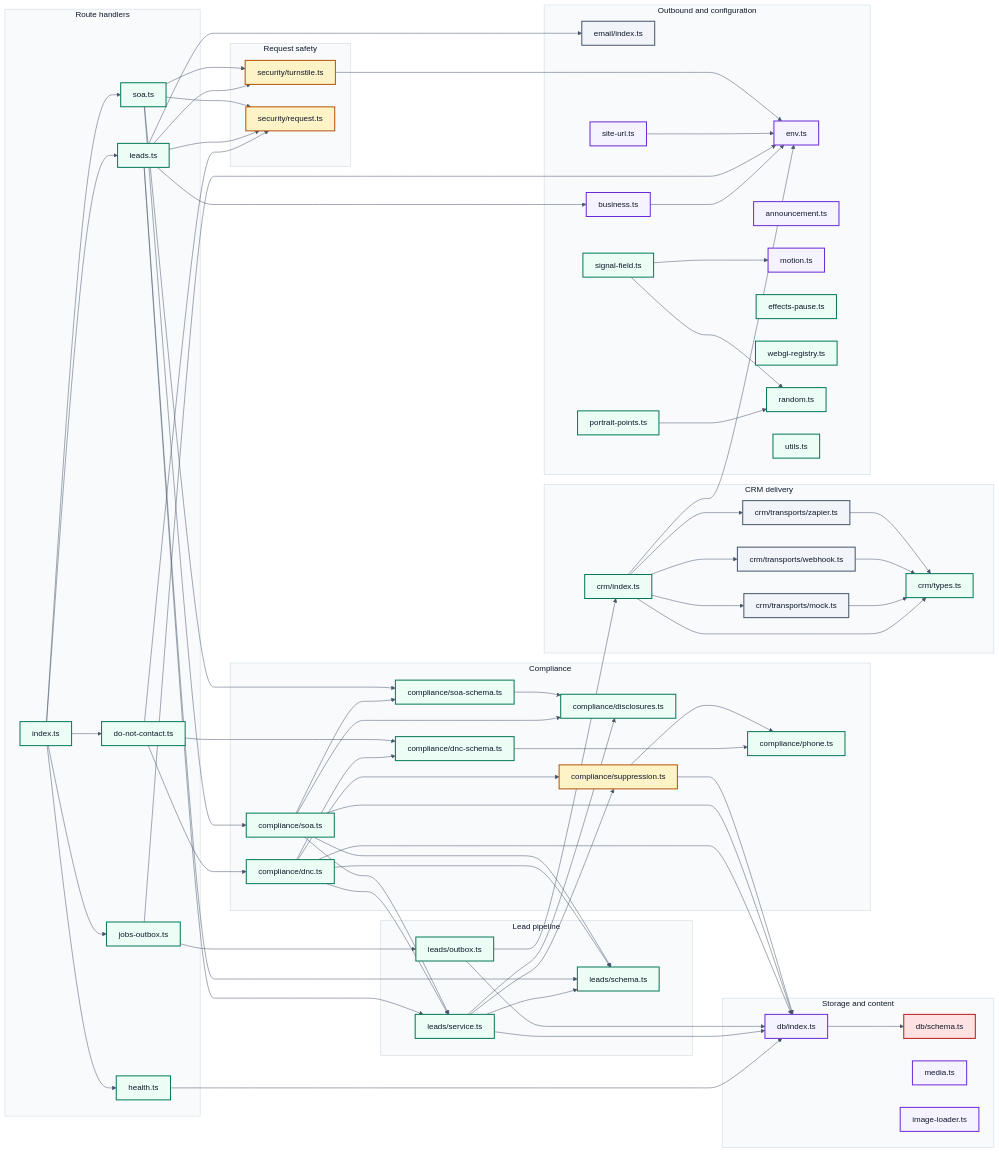
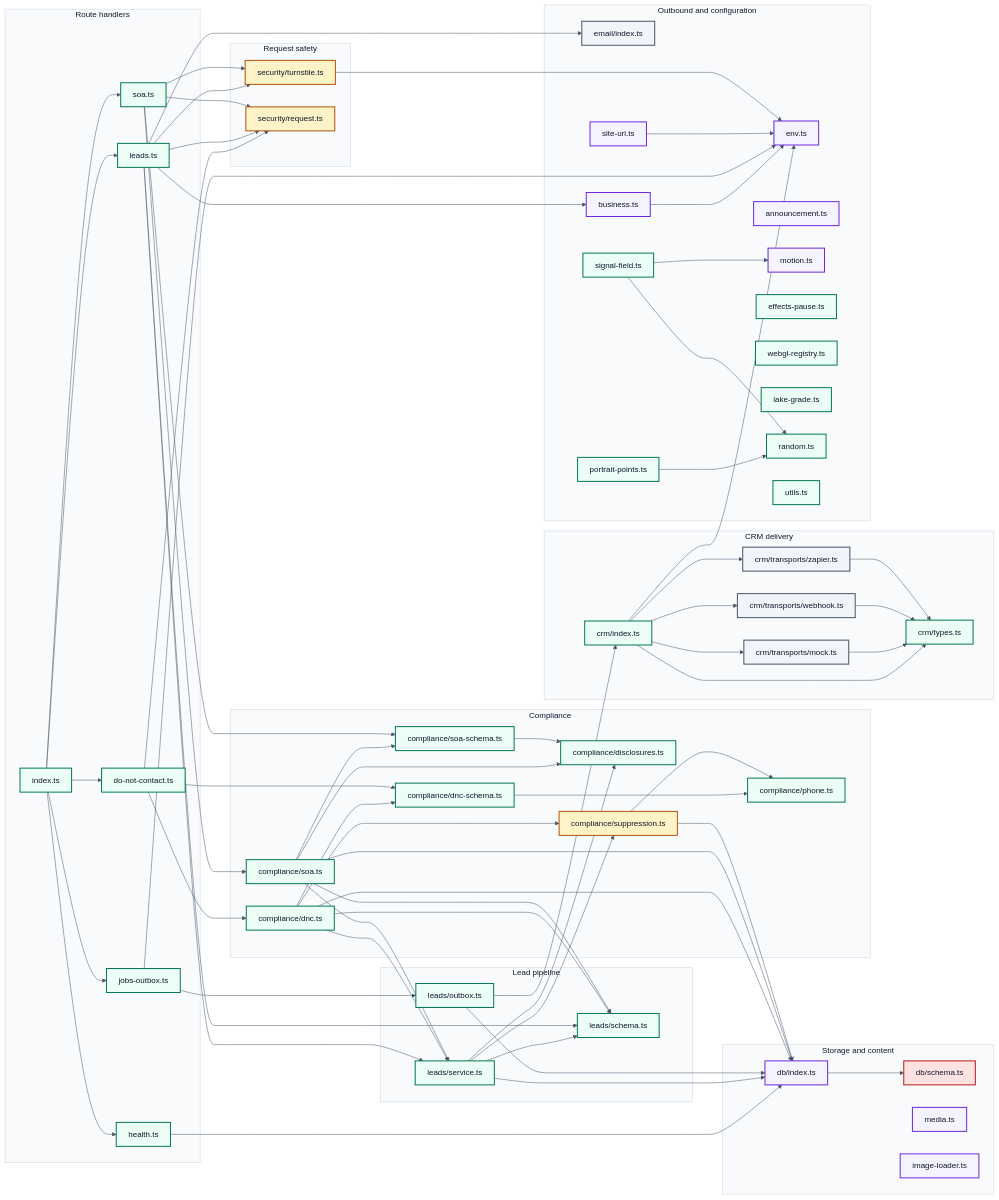
One commit to marc-mccarthy/legacy-benefits-mn changed the diagram in docs/diagrams/D5-module-map.mmd. Above: the diagram before and after it, drawn with Mermaid. The commit also changed 30 other files, not shown here.

First line of the commit message:
feat: minnesota dawn to dusk sequence

```diff
--- a/docs/diagrams/D5-module-map.mmd
+++ b/docs/diagrams/D5-module-map.mmd
@@ -1,144 +1,145 @@
 %%{init: {"theme":"base","themeVariables":{"fontFamily":"Helvetica Neue, Helvetica, Arial, sans-serif","fontSize":"16px","textColor":"#0F172A","background":"#FFFFFF","lineColor":"#475569","mainBkg":"#EFF6FF","nodeBorder":"#1D4ED8","primaryColor":"#EFF6FF","primaryBorderColor":"#1D4ED8","primaryTextColor":"#0F172A","secondaryColor":"#F1F5F9","secondaryBorderColor":"#475569","secondaryTextColor":"#0F172A","tertiaryColor":"#F8FAFC","tertiaryBorderColor":"#CBD5E1","tertiaryTextColor":"#0F172A","clusterBkg":"#F8FAFC","clusterBorder":"#CBD5E1","edgeLabelBackground":"#FFFFFF","actorBkg":"#EEF2FF","actorBorder":"#4338CA","actorTextColor":"#0F172A","signalColor":"#475569","signalTextColor":"#0F172A","noteBkgColor":"#FEF3C7","noteBorderColor":"#B45309","noteTextColor":"#0F172A","activationBkgColor":"#ECFDF5","activationBorderColor":"#047857","labelBoxBkgColor":"#FEF3C7","labelBoxBorderColor":"#B45309","sequenceNumberColor":"#FFFFFF"},"flowchart":{"htmlLabels":false,"curve":"basis","nodeSpacing":45,"rankSpacing":60,"padding":12},"sequence":{"useMaxWidth":false,"htmlLabels":false,"mirrorActors":false,"wrap":true,"width":190}}}%%
 flowchart LR
 accTitle: Every server module this repository owns, and what each one imports
 accDescr {
   A left-to-right map of the server side of the application, derived from the imports in the
   code rather than drawn by hand, so it cannot describe a wiring that no longer exists. Each
   box is one module; each arrow is one module importing another. Route handlers sit on the
   left, since every request enters through one of them. The two modules that verify a request
   and the one that decides whether a person may be contacted are drawn as gates, because their
   job is to reject. The database schema is drawn as regulated data, because that is what it
   declares. Test files are excluded: a test importing a module says nothing about how the
-  application is wired. 39 modules and 56 imports are drawn.
+  application is wired. 40 modules and 56 imports are drawn.
 }
 
 subgraph Routehandlers ["Route handlers"]
   apiRouter["index.ts"]
   leadsRoute["leads.ts"]
   soaRoute["soa.ts"]
   dncRoute["do-not-contact.ts"]
   jobsRoute["jobs-outbox.ts"]
   healthRoute["health.ts"]
 end
 
 subgraph Requestsafety ["Request safety"]
   turnstile["security/turnstile.ts"]
   request["security/request.ts"]
 end
 
 subgraph Leadpipeline ["Lead pipeline"]
   leadService["leads/service.ts"]
   leadSchema["leads/schema.ts"]
   outbox["leads/outbox.ts"]
 end
 
 subgraph Compliance ["Compliance"]
   disclosures["compliance/disclosures.ts"]
   suppression["compliance/suppression.ts"]
   phone["compliance/phone.ts"]
   dnc["compliance/dnc.ts"]
   dncSchema["compliance/dnc-schema.ts"]
   soa["compliance/soa.ts"]
   soaSchema["compliance/soa-schema.ts"]
 end
 
 subgraph CRMdelivery ["CRM delivery"]
   crm["crm/index.ts"]
   crmTypes["crm/types.ts"]
   webhook["crm/transports/webhook.ts"]
   zapier["crm/transports/zapier.ts"]
   mock["crm/transports/mock.ts"]
 end
 
 subgraph Storageandcontent ["Storage and content"]
   db["db/index.ts"]
   dbSchema["db/schema.ts"]
   media["media.ts"]
   imageLoader["image-loader.ts"]
 end
 
 subgraph Outboundandconfiguration ["Outbound and configuration"]
   email["email/index.ts"]
   env["env.ts"]
   siteUrl["site-url.ts"]
   business["business.ts"]
   announcement["announcement.ts"]
   motion["motion.ts"]
   effectsPause["effects-pause.ts"]
   webglRegistry["webgl-registry.ts"]
   portraitPoints["portrait-points.ts"]
   signalField["signal-field.ts"]
+  lakeGrade["lake-grade.ts"]
   random["random.ts"]
   utils["utils.ts"]
 end
 
 apiRouter --> dncRoute
 apiRouter --> healthRoute
 apiRouter --> jobsRoute
 apiRouter --> leadsRoute
 apiRouter --> soaRoute
 business --> env
 crm --> crmTypes
 crm --> env
 crm --> mock
 crm --> webhook
 crm --> zapier
 db --> dbSchema
 dnc --> db
 dnc --> dncSchema
 dnc --> leadSchema
 dnc --> leadService
 dnc --> suppression
 dncRoute --> dnc
 dncRoute --> dncSchema
 dncRoute --> request
 dncSchema --> phone
 healthRoute --> db
 jobsRoute --> env
 jobsRoute --> outbox
 leadService --> db
 leadService --> disclosures
 leadService --> leadSchema
 leadService --> suppression
 leadsRoute --> business
 leadsRoute --> email
 leadsRoute --> leadSchema
 leadsRoute --> leadService
 leadsRoute --> request
 leadsRoute --> turnstile
 mock --> crmTypes
 outbox --> crm
 outbox --> db
 portraitPoints --> random
 signalField --> motion
 signalField --> random
 siteUrl --> env
 soa --> db
 soa --> disclosures
 soa --> leadSchema
 soa --> leadService
 soa --> soaSchema
 soaRoute --> request
 soaRoute --> soa
 soaRoute --> soaSchema
 soaRoute --> turnstile
 soaSchema --> disclosures
 suppression --> db
 suppression --> phone
 turnstile --> env
 webhook --> crmTypes
 zapier --> crmTypes
 
 classDef human    fill:#EEF2FF,stroke:#4338CA,stroke-width:2px,color:#0F172A
 classDef client   fill:#EFF6FF,stroke:#1D4ED8,stroke-width:2px,color:#0F172A
 classDef ours     fill:#ECFDF5,stroke:#047857,stroke-width:2px,color:#0F172A
 classDef guard    fill:#FEF3C7,stroke:#B45309,stroke-width:2px,color:#0F172A
 classDef vendor   fill:#F1F5F9,stroke:#475569,stroke-width:2px,color:#0F172A
 classDef phi      fill:#FEE2E2,stroke:#B91C1C,stroke-width:2px,color:#0F172A
 classDef artifact fill:#F5F3FF,stroke:#6D28D9,stroke-width:2px,color:#0F172A
 
-class apiRouter,leadsRoute,soaRoute,dncRoute,jobsRoute,healthRoute,leadService,leadSchema,outbox,disclosures,phone,dnc,dncSchema,soa,soaSchema,crm,crmTypes,effectsPause,webglRegistry,portraitPoints,signalField,random,utils ours
+class apiRouter,leadsRoute,soaRoute,dncRoute,jobsRoute,healthRoute,leadService,leadSchema,outbox,disclosures,phone,dnc,dncSchema,soa,soaSchema,crm,crmTypes,effectsPause,webglRegistry,portraitPoints,signalField,lakeGrade,random,utils ours
 class turnstile,request,suppression guard
 class webhook,zapier,mock,email vendor
 class dbSchema phi
 class db,media,imageLoader,env,siteUrl,business,announcement,motion artifact
```
